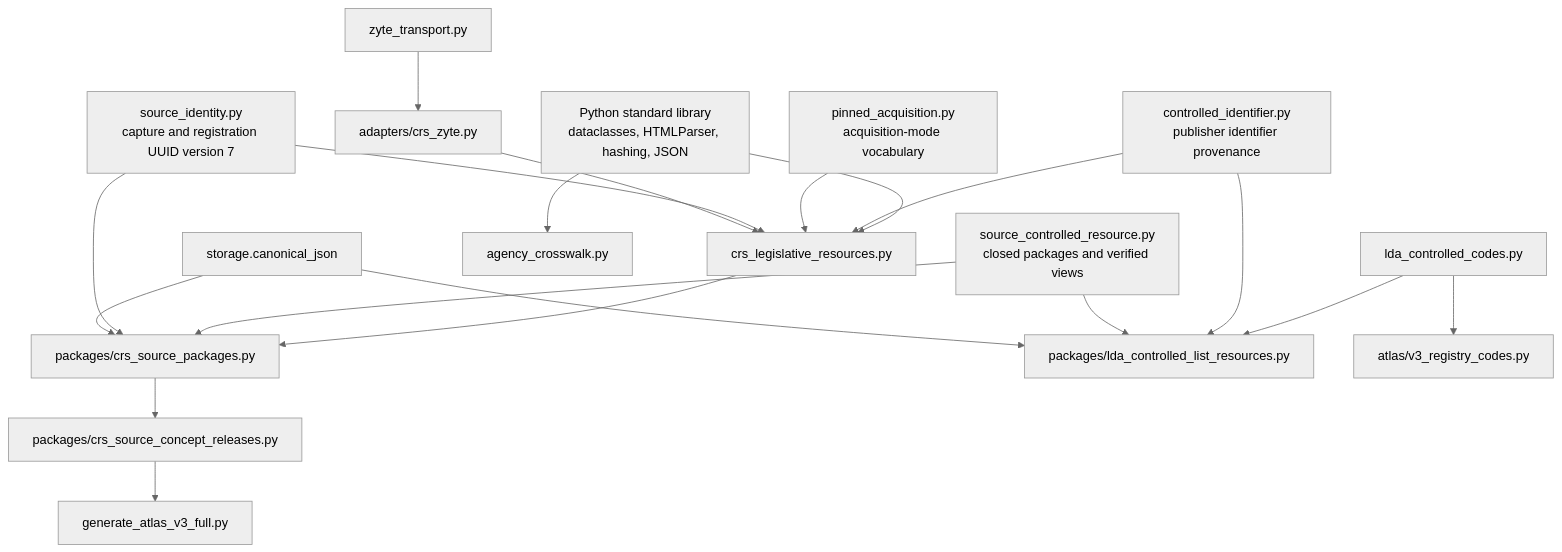
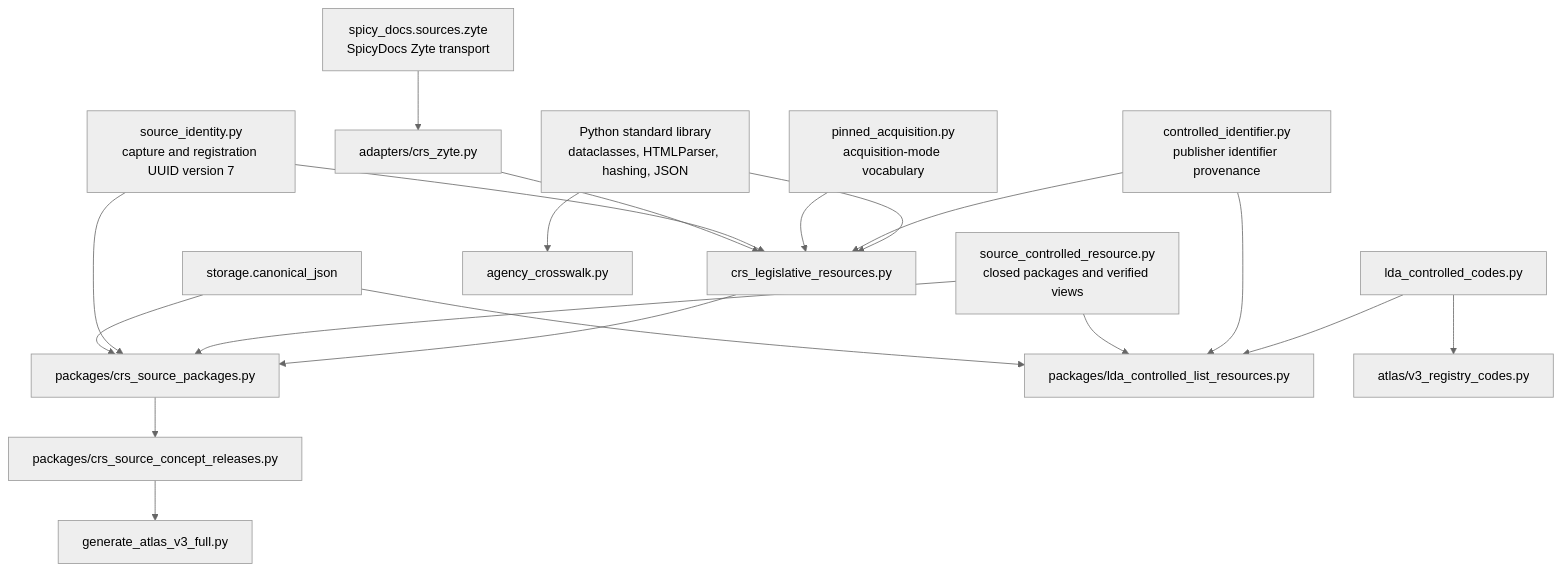
One commit to Formspec-Labs/RefSpec changed the second of 8 diagrams in wiki/registry_crosswalk_and_package_sources.md. Above: the diagram before and after it, drawn with Mermaid (neutral theme). The commit also changed 18 other files, not shown here.

````diff
--- a/wiki/registry_crosswalk_and_package_sources.md
+++ b/wiki/registry_crosswalk_and_package_sources.md
@@ -121,38 +121,38 @@
 ```mermaid
 flowchart TB
     STDLIB["Python standard library<br/>dataclasses, HTMLParser, hashing, JSON"]
     IDENT["controlled_identifier.py<br/>publisher identifier provenance"]
     ACQ["pinned_acquisition.py<br/>acquisition-mode vocabulary"]
     SOURCEID["source_identity.py<br/>capture and registration UUID version 7"]
     SCR["source_controlled_resource.py<br/>closed packages and verified views"]
     STORE["storage.canonical_json"]
-    ZYTETR["zyte_transport.py"]
+    ZYTETR["spicy_docs.sources.zyte<br/>SpicyDocs Zyte transport"]
 
     CRSZYTE["adapters/crs_zyte.py"]
     CROSS["agency_crosswalk.py"]
     CRSSRC["crs_legislative_resources.py"]
     CRSPKG["packages/crs_source_packages.py"]
     LDAPKG["packages/lda_controlled_list_resources.py"]
     LDASRC["lda_controlled_codes.py"]
 
     CRSREL["packages/crs_source_concept_releases.py"]
     FULL["generate_atlas_v3_full.py"]
     CODES["atlas/v3_registry_codes.py"]
 
     STDLIB --> CROSS
     STDLIB --> CRSSRC
     IDENT --> CRSSRC
     ACQ --> CRSSRC
     SOURCEID --> CRSSRC
     ZYTETR --> CRSZYTE --> CRSSRC
     CRSSRC --> CRSPKG
     SCR --> CRSPKG
     SOURCEID --> CRSPKG
     STORE --> CRSPKG
     LDASRC --> LDAPKG
     IDENT --> LDAPKG
     SCR --> LDAPKG
     STORE --> LDAPKG
     CRSPKG --> CRSREL --> FULL
     LDASRC --> CODES
 ```
````
